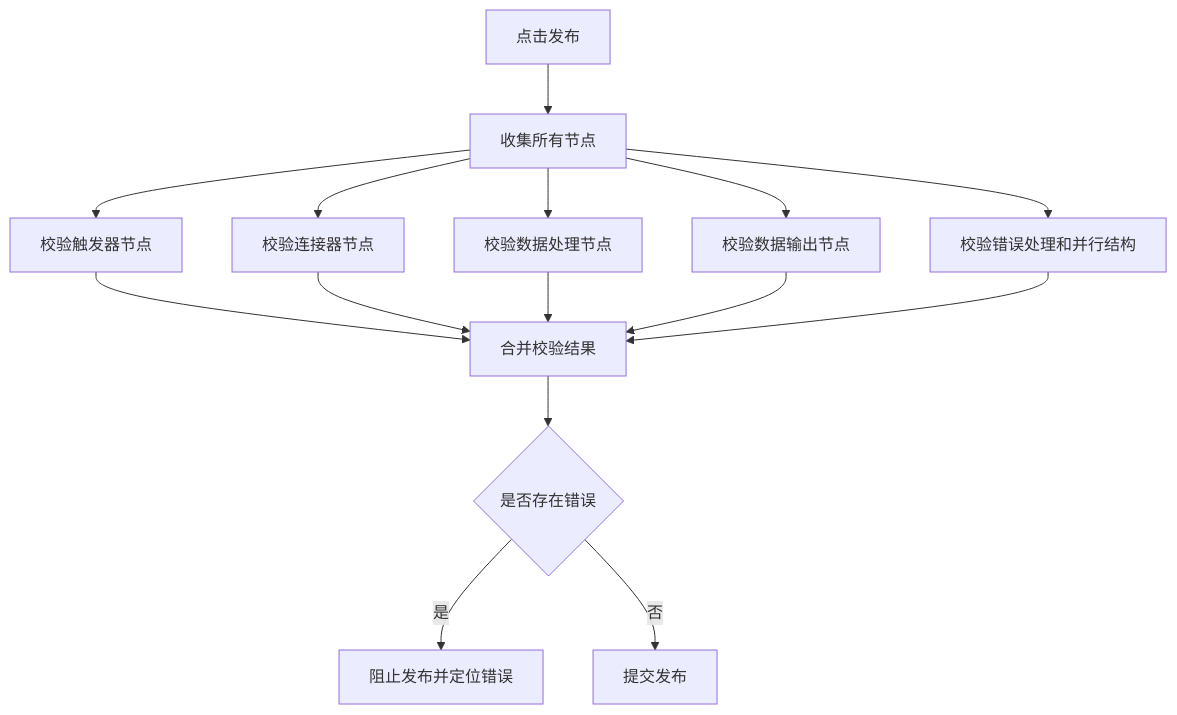
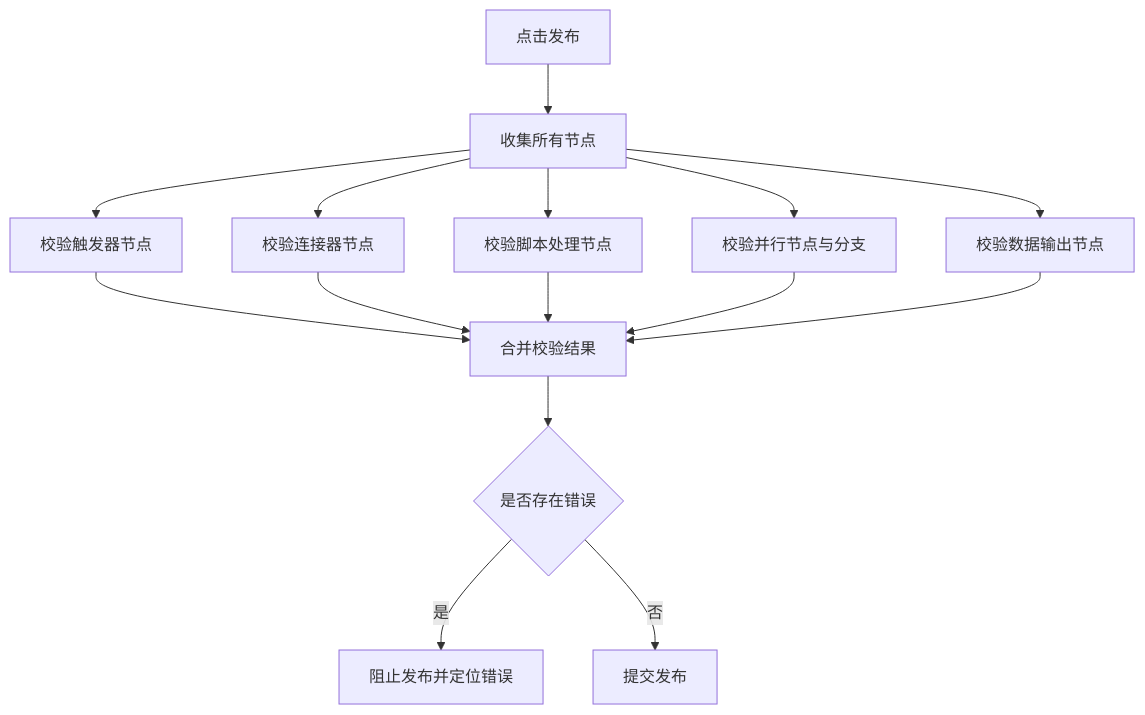
Diagram 17 of 17 in front/doc/2026年6月文档/连接流配置需求设计说明书.md (THZSummer/open-app), drawn with Mermaid before and after one commit. The commit also changed other lines of this file and 2 other files, not shown here.

````diff
--- a/front/doc/2026年6月文档/连接流配置需求设计说明书.md
+++ b/front/doc/2026年6月文档/连接流配置需求设计说明书.md
@@ -1306,17 +643,17 @@
 ```mermaid
 flowchart TD
   PublishClick[点击发布] --> CollectNodes[收集所有节点]
   CollectNodes --> ValidateTrigger[校验触发器节点]
   CollectNodes --> ValidateConnector[校验连接器节点]
-  CollectNodes --> ValidateDataProcess[校验数据处理节点]
+  CollectNodes --> ValidateScript[校验脚本处理节点]
+  CollectNodes --> ValidateParallel[校验并行节点与分支]
   CollectNodes --> ValidateOutput[校验数据输出节点]
-  CollectNodes --> ValidateStructure[校验错误处理和并行结构]
   ValidateTrigger --> MergeErrors[合并校验结果]
   ValidateConnector --> MergeErrors
-  ValidateDataProcess --> MergeErrors
+  ValidateScript --> MergeErrors
+  ValidateParallel --> MergeErrors
   ValidateOutput --> MergeErrors
-  ValidateStructure --> MergeErrors
   MergeErrors --> ErrorExists{是否存在错误}
   ErrorExists -->|是| BlockPublish[阻止发布并定位错误]
   ErrorExists -->|否| SubmitPublish[提交发布]
 ```
````
